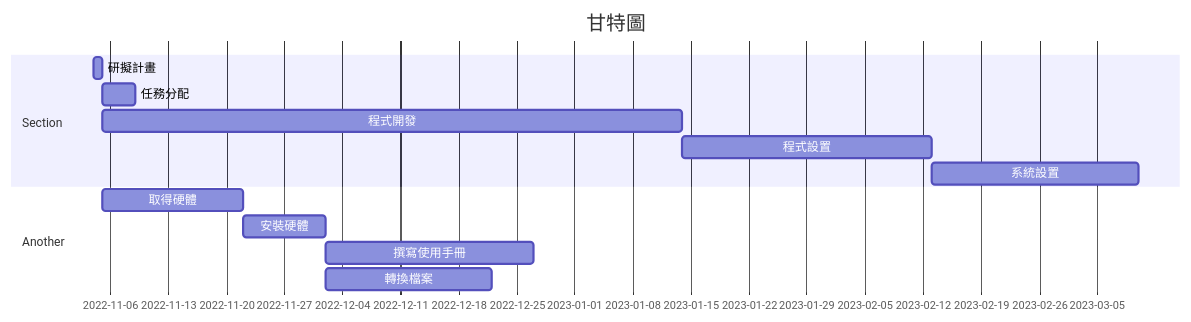
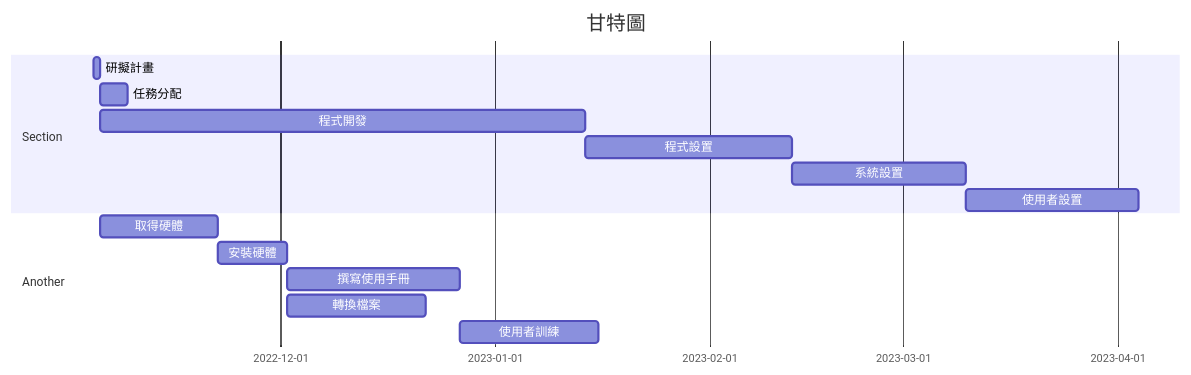
Before and after one commit to C109118256/C109118256: the diagram in hw2.md, drawn with Mermaid.

````diff
--- a/hw2.md
+++ b/hw2.md
@@ -1,16 +1,18 @@
 ```mermaid
 gantt
     title 甘特圖
 
     section Section
     研擬計畫           :a1, 2022-11-04, 1d
     任務分配           :after a1  , 4d
     程式開發           :a2, after a1  , 70d
     程式設置           :a4, after a2  , 30d
-    系統設置           :after a4  , 25d
+    系統設置           :a8, after a4  , 25d
+    使用者設置         :after a8      , 25d
     section Another
     取得硬體           :a3, after a1  , 17d
     安裝硬體           :a5, after a3  , 10d
-    撰寫使用手冊       :after a5  , 25d
-    轉換檔案           :after a5  , 20d
+    撰寫使用手冊       :a7, after a5  , 25d
+    轉換檔案           :after a5     , 20d
+    使用者訓練         :after a7     , 20d
 ```
````
